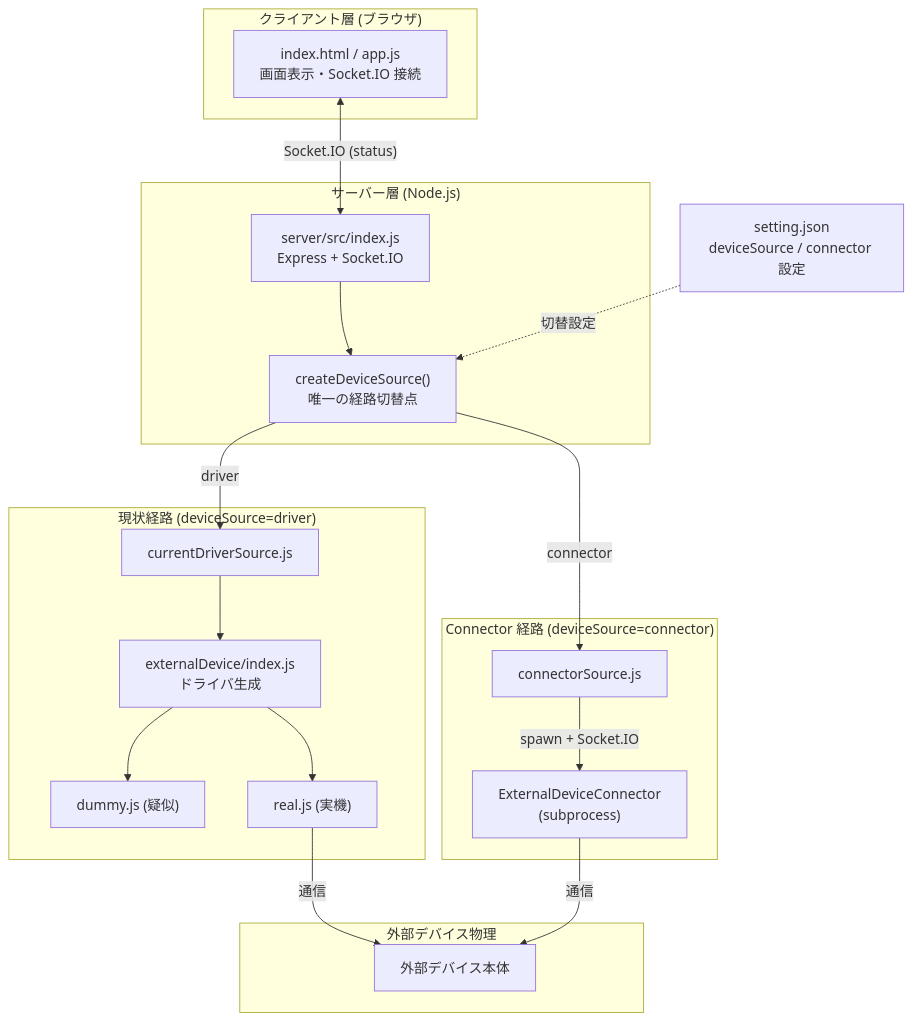
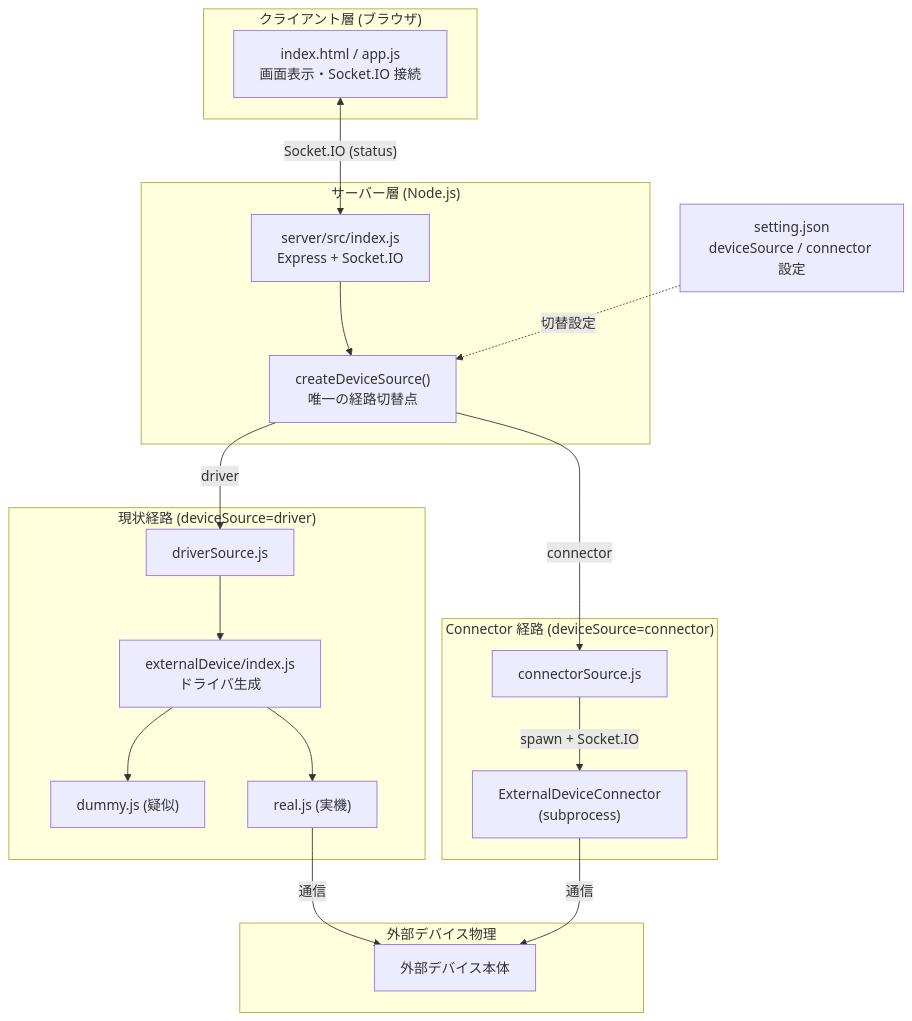
The first of 4 diagrams in javascript/DeviceConnect/web/ReadMe.md (FourHyphen/private_work), drawn with Mermaid before and after one commit. The commit also changed other lines of this file and 2 other files, not shown here.

Commit message:
CurrentDriverという名前をDriverに変更

````diff
--- a/javascript/DeviceConnect/web/ReadMe.md
+++ b/javascript/DeviceConnect/web/ReadMe.md
@@ -16,41 +16,41 @@
 ```mermaid
 flowchart TB
     subgraph Client["クライアント層 (ブラウザ)"]
         Browser["index.html / app.js<br/>画面表示・Socket.IO 接続"]
     end
 
     subgraph ServerLayer["サーバー層 (Node.js)"]
         Server["server/src/index.js<br/>Express + Socket.IO"]
         Factory["createDeviceSource()<br/>唯一の経路切替点"]
     end
 
     subgraph DriverPath["現状経路 (deviceSource=driver)"]
-        CDS["currentDriverSource.js"]
+        CDS["driverSource.js"]
         Driver["externalDevice/index.js<br/>ドライバ生成"]
         Dummy["dummy.js (疑似)"]
         Real["real.js (実機)"]
     end
 
     subgraph ConnectorPath["Connector 経路 (deviceSource=connector)"]
         CS["connectorSource.js"]
         Sub["ExternalDeviceConnector<br/>(subprocess)"]
     end
 
     subgraph ExternalHardware["外部デバイス物理"]
         Device["外部デバイス本体"]
     end
 
     Setting["setting.json<br/>deviceSource / connector 設定"]
 
     Browser <-->|"Socket.IO (status)"| Server
     Server --> Factory
     Factory -->|"driver"| CDS
     Factory -->|"connector"| CS
     CDS --> Driver
     Driver --> Dummy
     Driver --> Real
     Real -->|"通信"| Device
     CS -->|"spawn + Socket.IO"| Sub
     Sub -->|"通信"| Device
     Setting -.->|"切替設定"| Factory
 ```
````
